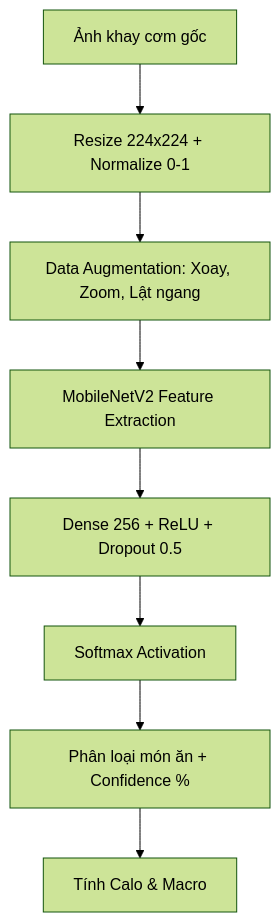
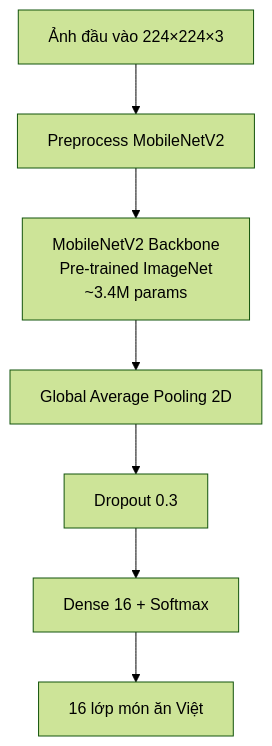
Before and after one commit to DevOpsLogistics/FoodVision-Ai: the second of 4 diagrams in README.md, drawn with Mermaid (forest theme). The commit also changed other lines of this file and 79 other files, not shown here.

````diff
--- a/README.md
+++ b/README.md
@@ -230,10 +120,9 @@
 ```mermaid
 graph TD
-    A["Ảnh khay cơm gốc"] --> B["Resize 224x224 + Normalize 0-1"]
-    B --> C["Data Augmentation: Xoay, Zoom, Lật ngang"]
-    C --> D["MobileNetV2 Feature Extraction"]
-    D --> E["Dense 256 + ReLU + Dropout 0.5"]
-    E --> F["Softmax Activation"]
-    F --> G["Phân loại món ăn + Confidence %"]
-    G --> H["Tính Calo & Macro"]
+    A["Ảnh đầu vào 224×224×3"] --> B["Preprocess MobileNetV2"]
+    B --> C["MobileNetV2 Backbone\nPre-trained ImageNet\n~3.4M params"]
+    C --> D["Global Average Pooling 2D"]
+    D --> E["Dropout 0.3"]
+    E --> F["Dense 16 + Softmax"]
+    F --> G["16 lớp món ăn Việt"]
 ```
````
